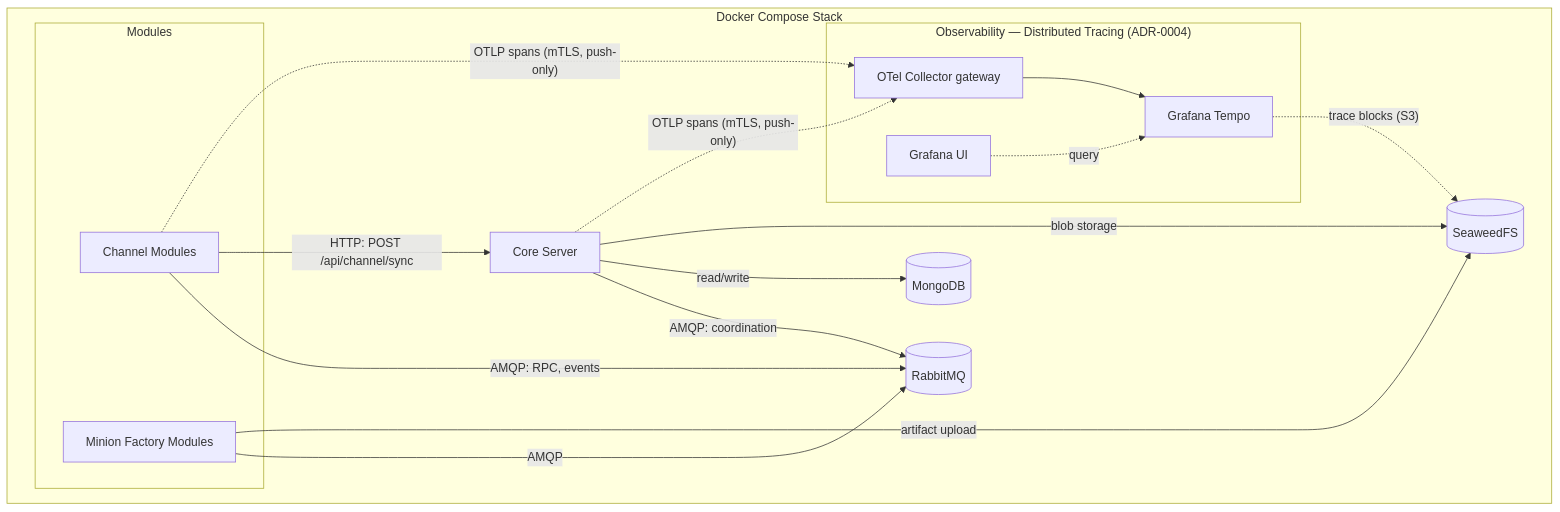
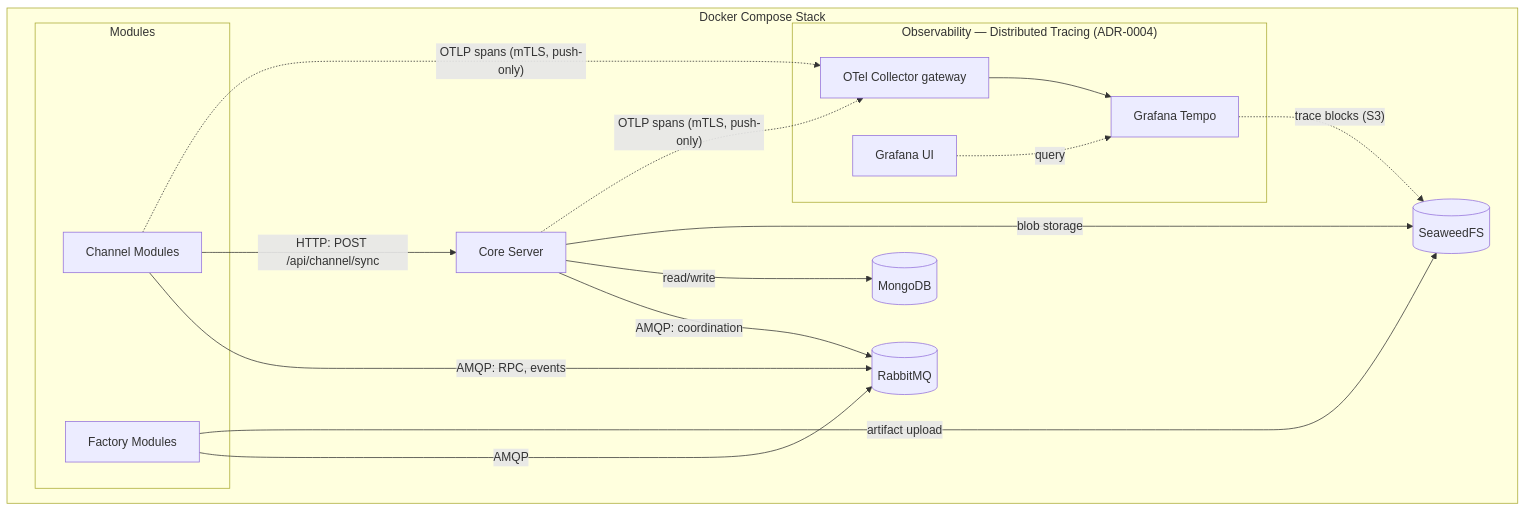
One commit to LogosCore/logos-docs changed the diagram in src/content/docs/core-infrastructure.md. Above: the diagram before and after it, drawn with Mermaid. The commit also changed other lines of this file and 11 other files, not shown here.

First line of the commit message:
Rename minion factory to factory throughout

````diff
--- a/src/content/docs/core-infrastructure.md
+++ b/src/content/docs/core-infrastructure.md
@@ -11,36 +11,36 @@
 ```mermaid
 graph TD
     subgraph compose["Docker Compose Stack"]
         CS[Core Server]
         RMQ[(RabbitMQ)]
         DB[(MongoDB)]
         SFS[(SeaweedFS)]
 
         subgraph modules["Modules"]
             CH[Channel Modules]
-            IP[Minion Factory Modules]
+            IP[Factory Modules]
         end
 
         subgraph obs["Observability — Distributed Tracing (ADR-0004)"]
             COL[OTel Collector gateway]
             TEMPO[Grafana Tempo]
             GRAF[Grafana UI]
         end
     end
 
     CH -- "AMQP: RPC, events" --> RMQ
     IP -- "AMQP" --> RMQ
     CS -- "AMQP: coordination" --> RMQ
 
     CH -- "HTTP: POST /api/channel/sync" --> CS
 
     CS -- "read/write" --> DB
     CS -- "blob storage" --> SFS
     IP -- "artifact upload" --> SFS
 
     CH -. "OTLP spans (mTLS, push-only)" .-> COL
     CS -. "OTLP spans (mTLS, push-only)" .-> COL
     COL --> TEMPO
     TEMPO -. "trace blocks (S3)" .-> SFS
     GRAF -. "query" .-> TEMPO
 ```
````
